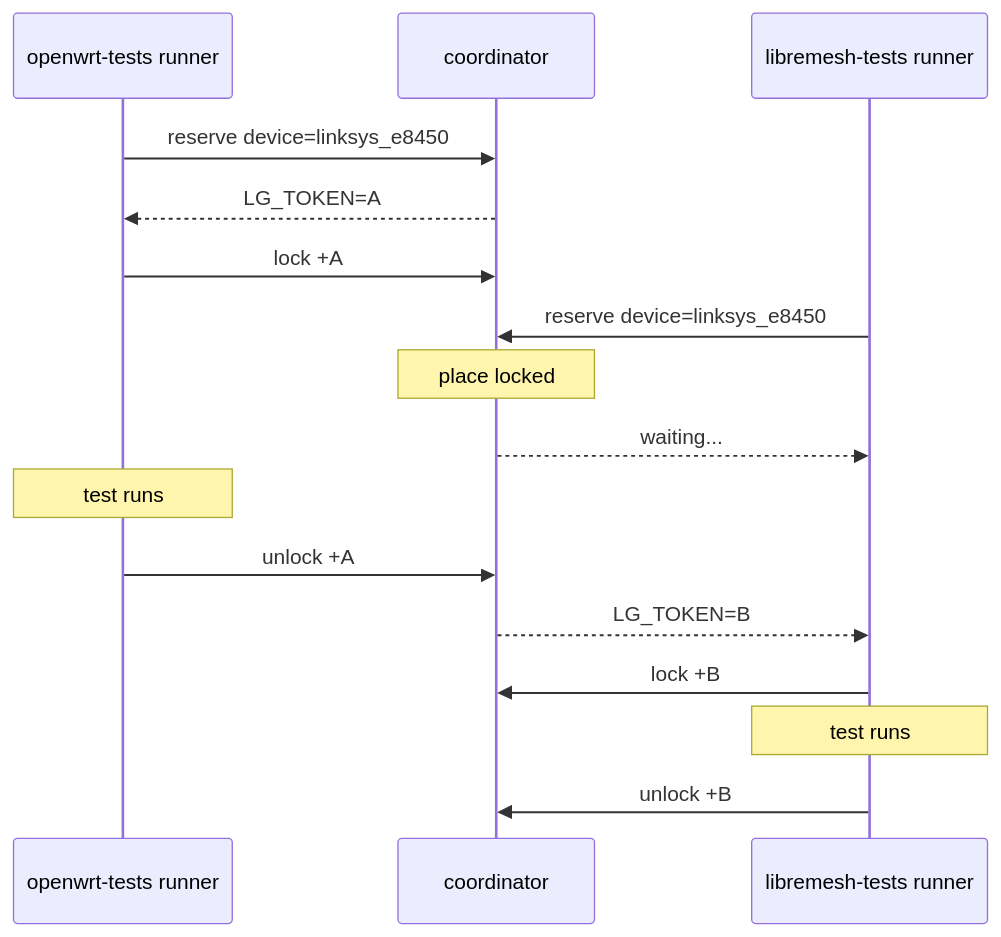
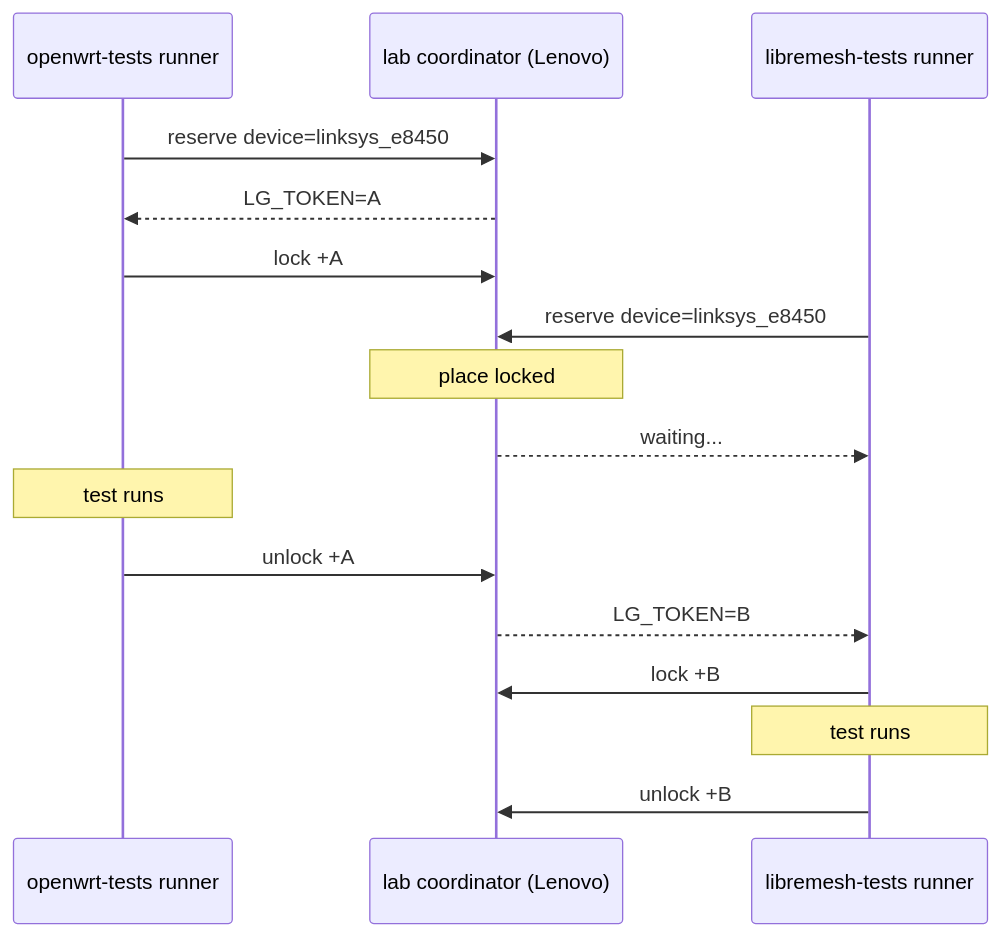
The third of 3 diagrams in docs/diseno/integration-overview.md (ccasanueva7/fcefyn_testbed_utils), drawn with Mermaid before and after one commit. The commit also changed other lines of this file and 9 other files, not shown here.

````diff
--- a/docs/diseno/integration-overview.md
+++ b/docs/diseno/integration-overview.md
@@ -133,22 +135,22 @@
 ```mermaid
 sequenceDiagram
     participant R_OWT as openwrt-tests runner
-    participant COORD as coordinator
+    participant COORD as lab coordinator (Lenovo)
     participant R_LM as libremesh-tests runner
 
     R_OWT->>COORD: reserve device=linksys_e8450
     COORD-->>R_OWT: LG_TOKEN=A
     R_OWT->>COORD: lock +A
 
     R_LM->>COORD: reserve device=linksys_e8450
     Note over COORD: place locked
     COORD-->>R_LM: waiting...
 
     Note over R_OWT: test runs
     R_OWT->>COORD: unlock +A
 
     COORD-->>R_LM: LG_TOKEN=B
     R_LM->>COORD: lock +B
     Note over R_LM: test runs
     R_LM->>COORD: unlock +B
 ```
````
